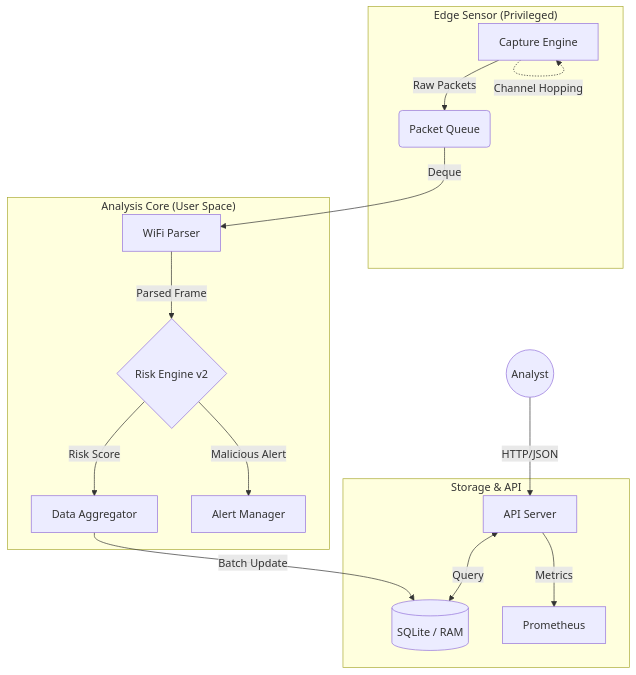
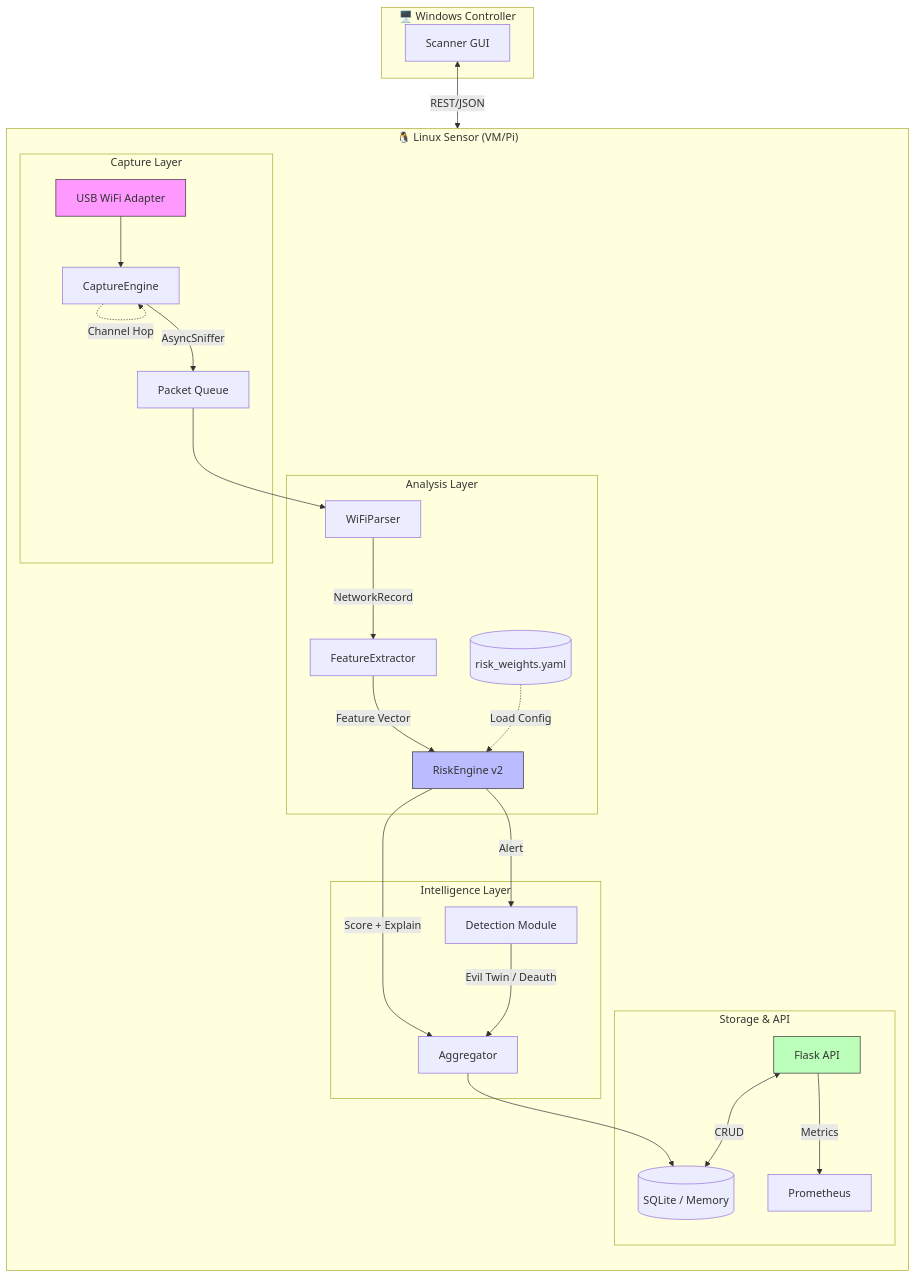
One commit to Anduong1200/sentinel-netlab changed the first of 4 diagrams in docs/SYSTEM_DESIGN.md. Above: the diagram before and after it, drawn with Mermaid. The commit also changed other lines of this file and 95 other files, not shown here.

Commit message:
feat: Add core sensor components, extensive documentation, operational tooling, and project governance files.

````diff
--- a/docs/SYSTEM_DESIGN.md
+++ b/docs/SYSTEM_DESIGN.md
@@ -7,23 +9,41 @@
 ```mermaid
-graph TD
-    subgraph "Edge Sensor (Privileged)"
-        A[Capture Engine] -->|Raw Packets| B(Packet Queue)
-        A -.->|Channel Hopping| A
+graph TB
+    subgraph "🖥️ Windows Controller"
+        GUI[Scanner GUI]
     end
 
-    subgraph "Analysis Core (User Space)"
-        B -->|Deque| C[WiFi Parser]
-        C -->|Parsed Frame| D{Risk Engine v2}
+    subgraph "🐧 Linux Sensor (VM/Pi)"
+        direction TB
         
-        D -->|Risk Score| E[Data Aggregator]
-        D -->|Malicious Alert| F[Alert Manager]
+        subgraph "Capture Layer"
+            USB[USB WiFi Adapter] --> CAP[CaptureEngine]
+            CAP -->|AsyncSniffer| PKT[Packet Queue]
+            CAP -.->|Channel Hop| CAP
+        end
+        
+        subgraph "Analysis Layer"
+            PKT --> PAR[WiFiParser]
+            PAR -->|NetworkRecord| FE[FeatureExtractor]
+            FE -->|Feature Vector| RE[RiskEngine v2]
+            YAML[(risk_weights.yaml)] -.->|Load Config| RE
+        end
+        
+        subgraph "Intelligence Layer"
+            RE -->|Score + Explain| AGG[Aggregator]
+            RE -->|Alert| DET[Detection Module]
+            DET -->|Evil Twin / Deauth| AGG
+        end
+        
+        subgraph "Storage & API"
+            AGG --> DB[(SQLite / Memory)]
+            API[Flask API] <-->|CRUD| DB
+            API -->|Metrics| PROM[Prometheus]
+        end
     end
 
-    subgraph "Storage & API"
-        E -->|Batch Update| G[(SQLite / RAM)]
-        H[API Server] <-->|Query| G
-        H -->|Metrics| I[Prometheus]
-    end
-
-    User((Analyst)) -->|HTTP/JSON| H
+    GUI <-->|REST/JSON| API
+    
+    style USB fill:#f9f,stroke:#333
+    style RE fill:#bbf,stroke:#333
+    style API fill:#bfb,stroke:#333
 ```
````
